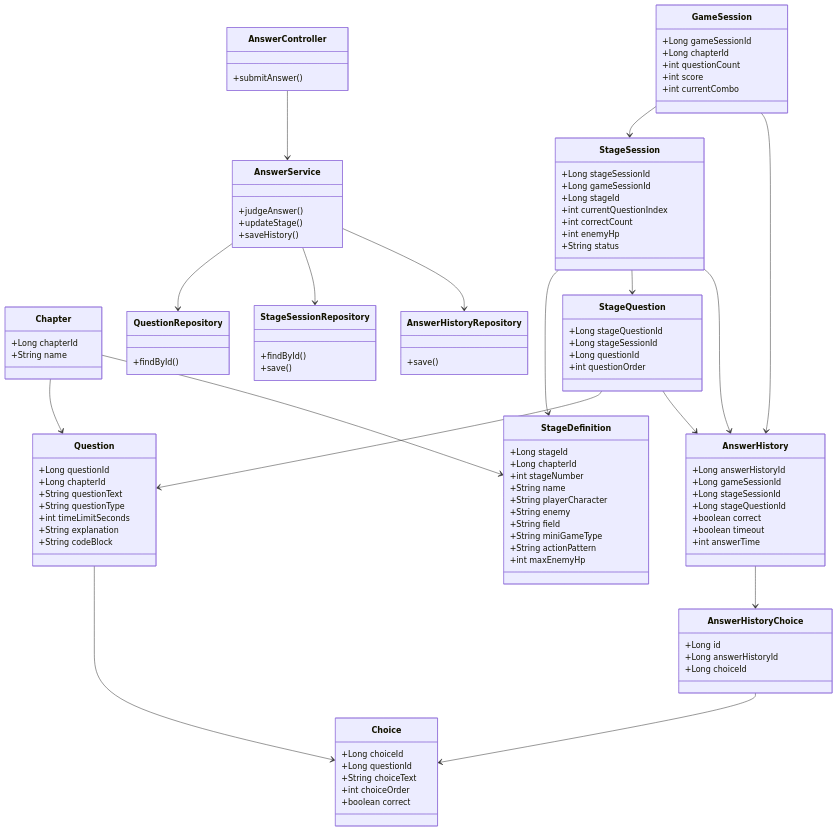
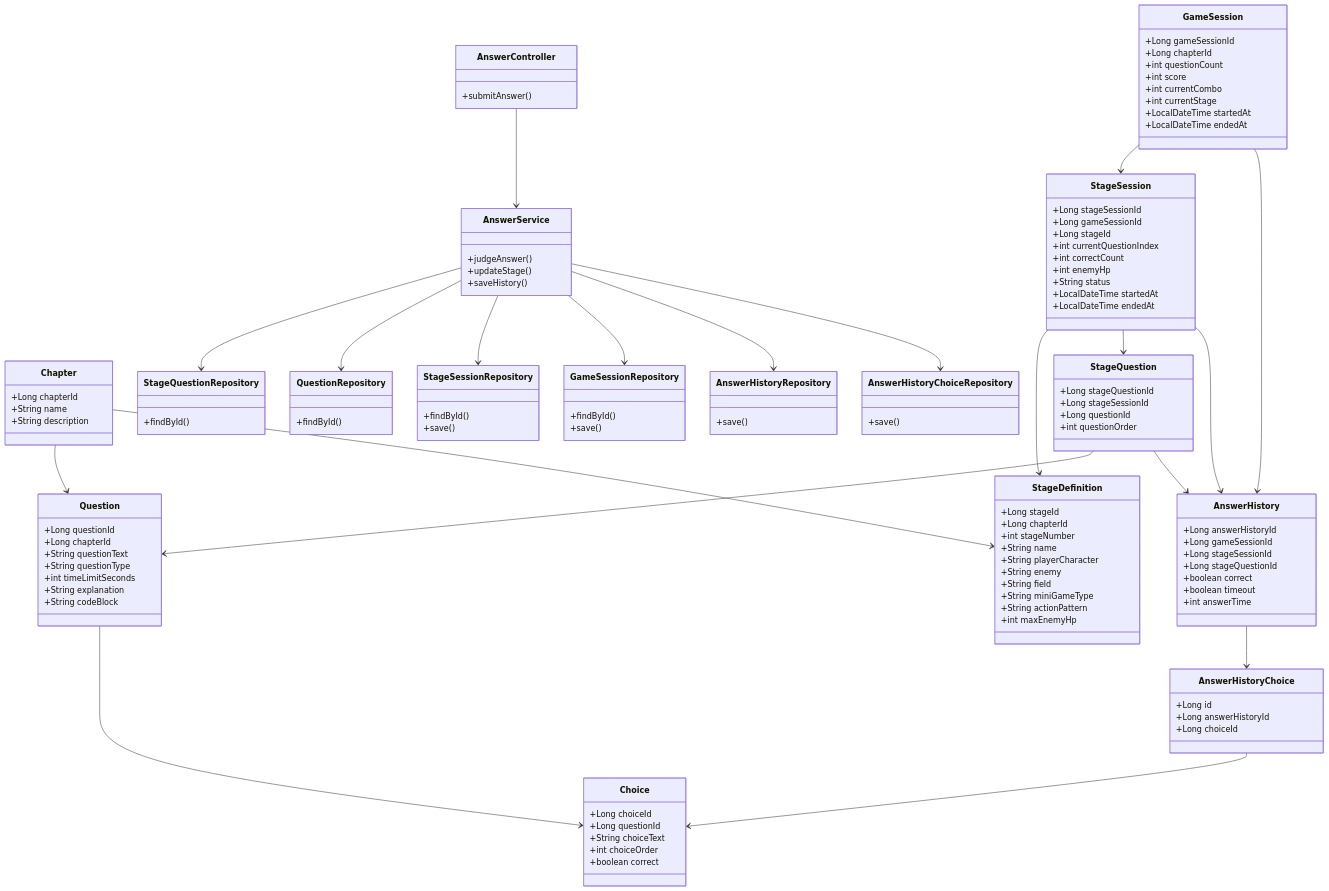
Before and after one commit to suu-dev-0203/graduation_JAVAgame: diagram 21 of 26 in README.md, drawn with Mermaid. The commit also changed other lines of this file, not shown here.

````diff
--- a/README.md
+++ b/README.md
@@ -765,6 +784,7 @@
     class Chapter {
         +Long chapterId
         +String name
+        +String description
     }
     class Question {
         +Long questionId
@@ -800,6 +820,9 @@
         +int questionCount
         +int score
         +int currentCombo
+        +int currentStage
+        +LocalDateTime startedAt
+        +LocalDateTime endedAt
     }
     class StageSession {
         +Long stageSessionId
@@ -809,6 +832,8 @@
         +int correctCount
         +int enemyHp
         +String status
+        +LocalDateTime startedAt
+        +LocalDateTime endedAt
     }
     class StageQuestion {
         +Long stageQuestionId
@@ -838,6 +863,9 @@
         +updateStage()
         +saveHistory()
     }
+    class StageQuestionRepository {
+        +findById()
+    }
     class QuestionRepository {
         +findById()
     }
@@ -845,7 +873,14 @@
         +findById()
         +save()
     }
+    class GameSessionRepository {
+        +findById()
+        +save()
+    }
     class AnswerHistoryRepository {
+        +save()
+    }
+    class AnswerHistoryChoiceRepository {
         +save()
     }
 
@@ -862,7 +897,10 @@
     AnswerHistory --> AnswerHistoryChoice
     AnswerHistoryChoice --> Choice
     AnswerController --> AnswerService
+    AnswerService --> StageQuestionRepository
     AnswerService --> QuestionRepository
     AnswerService --> StageSessionRepository
+    AnswerService --> GameSessionRepository
     AnswerService --> AnswerHistoryRepository
+    AnswerService --> AnswerHistoryChoiceRepository
 ```
````
